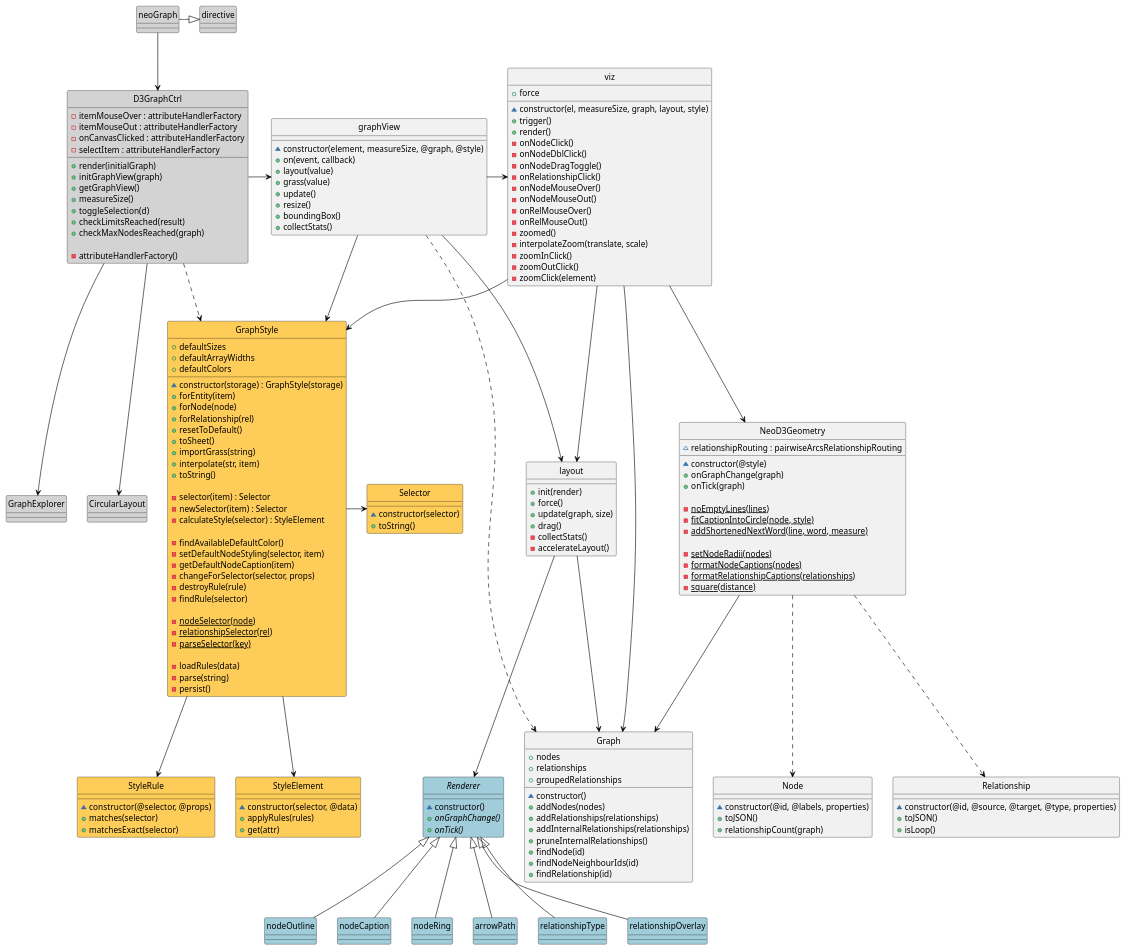
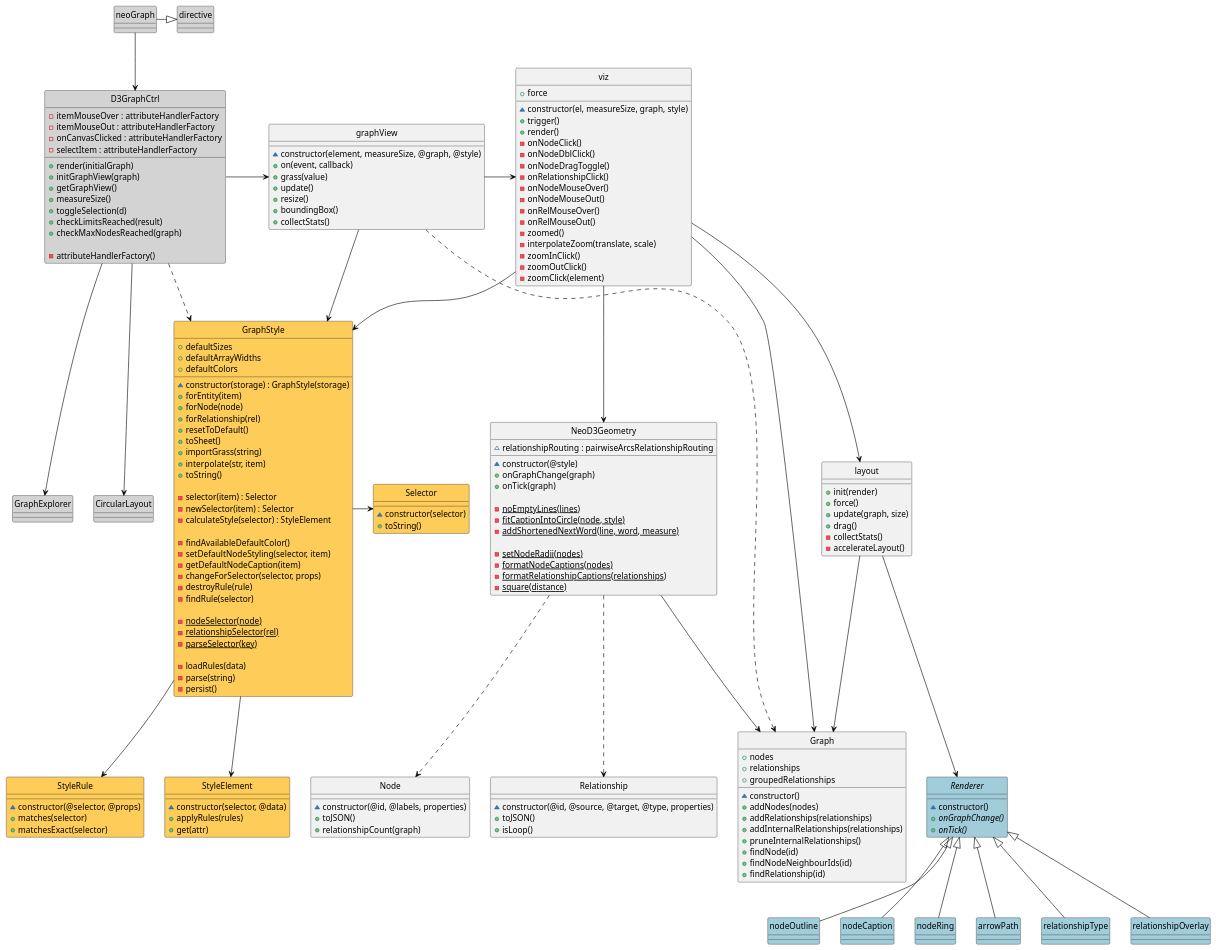
The diagram in doc/neo4j-browser.puml (isleon/neo4j-browser), drawn with PlantUML before and after one commit. The commit also changed 2 other files, not shown here.

```diff
--- a/doc/neo4j-browser.puml
+++ b/doc/neo4j-browser.puml
@@ -45,7 +45,7 @@
 class graphView {
     ~constructor(element, measureSize, @graph, @style)
     +on(event, callback)
-    +layout(value)
+    '+layout(value)
     +grass(value)
     +update()
     +resize()
@@ -55,11 +55,11 @@
 
 graphView -r-> viz
 graphView ..> Graph
-graphView --> layout
+'graphView --> layout
 graphView --> GraphStyle
 
 class viz {
-    ~constructor(el, measureSize, graph, layout, style)
+    ~constructor(el, measureSize, graph, style)
     +trigger()
     +render()
     +force
```
